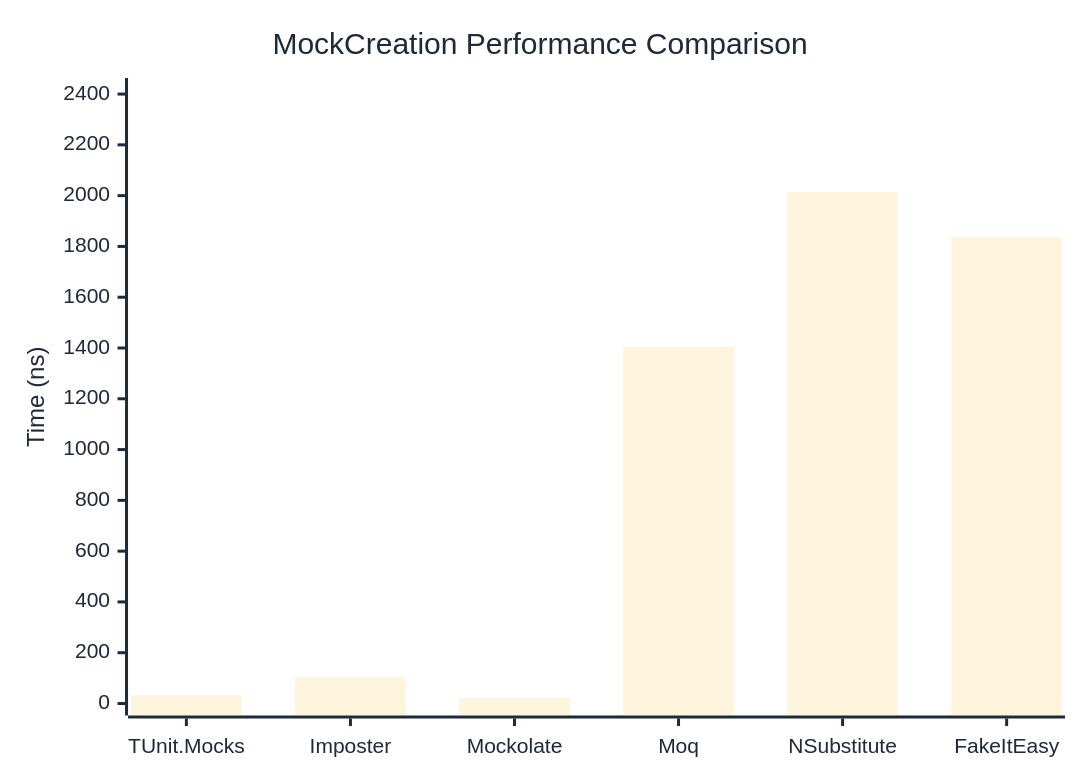
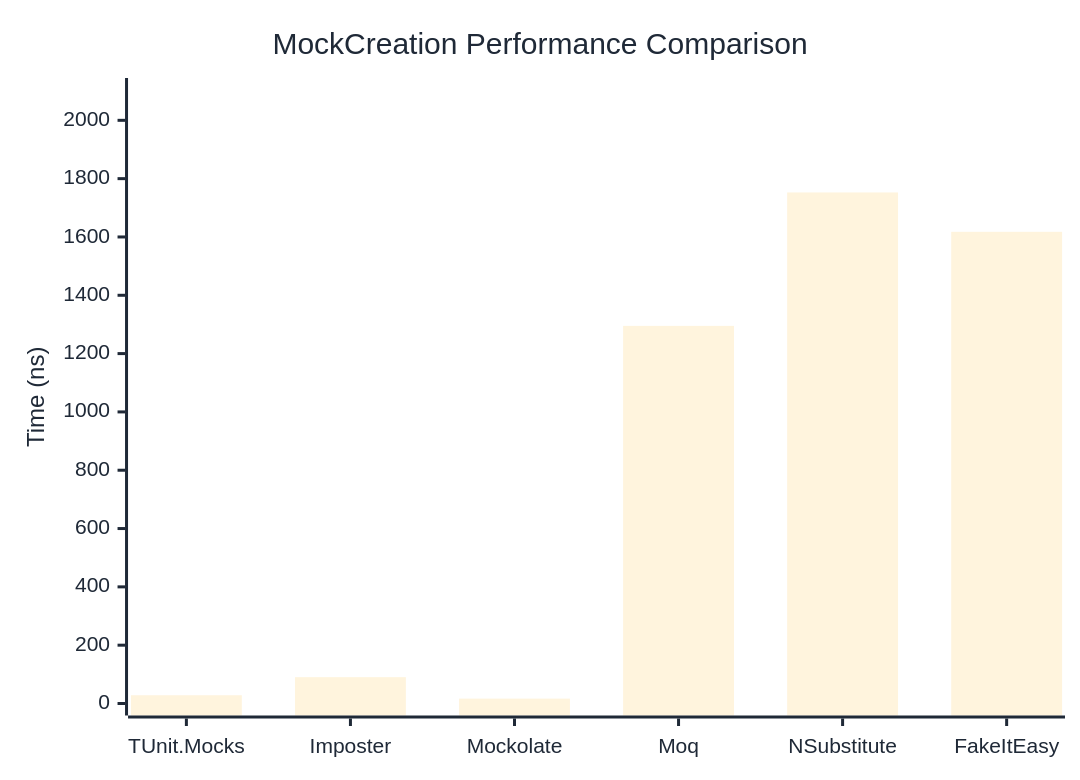
Before and after one commit to thomhurst/TUnit: the first of 2 diagrams in docs/docs/benchmarks/mocks/MockCreation.md, drawn with Mermaid. The commit also changed other lines of this file and 14 other files, not shown here.

````diff
--- a/docs/docs/benchmarks/mocks/MockCreation.md
+++ b/docs/docs/benchmarks/mocks/MockCreation.md
@@ -30,27 +30,27 @@
 ```mermaid
 %%{init: {
   'theme':'base',
   'themeVariables': {
     'primaryColor': '#2563eb',
     'primaryTextColor': '#1f2937',
     'primaryBorderColor': '#1e40af',
     'lineColor': '#6b7280',
     'secondaryColor': '#7c3aed',
     'tertiaryColor': '#dc2626',
     'background': '#ffffff',
     'pie1': '#2563eb',
     'pie2': '#7c3aed',
     'pie3': '#dc2626',
     'pie4': '#f59e0b',
     'pie5': '#10b981',
     'pie6': '#06b6d4',
     'pie7': '#ec4899',
     'pie8': '#6366f1'
   }
 }}%%
 xychart-beta
   title "MockCreation Performance Comparison"
   x-axis ["TUnit.Mocks", "Imposter", "Mockolate", "Moq", "NSubstitute", "FakeItEasy"]
-  y-axis "Time (ns)" 0 --> 2416
-  bar [32.74, 104.91, 21.87, 1405.45, 2013.24, 1837.66]
+  y-axis "Time (ns)" 0 --> 2104
+  bar [28.31, 90.29, 16.79, 1295.11, 1752.71, 1617.63]
 ```
````
